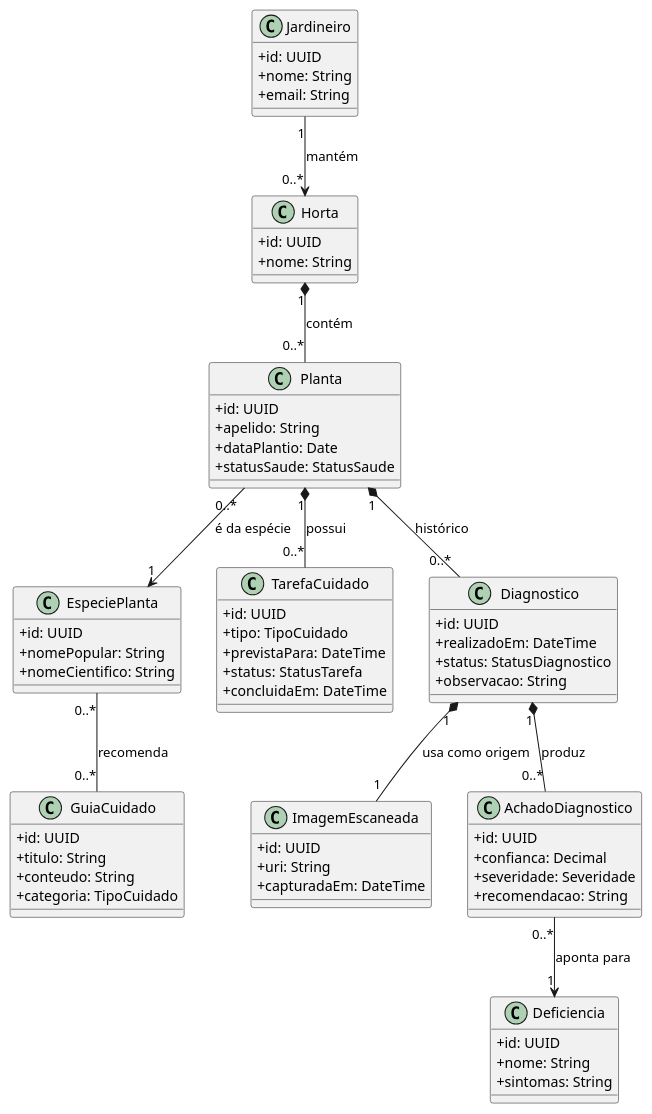
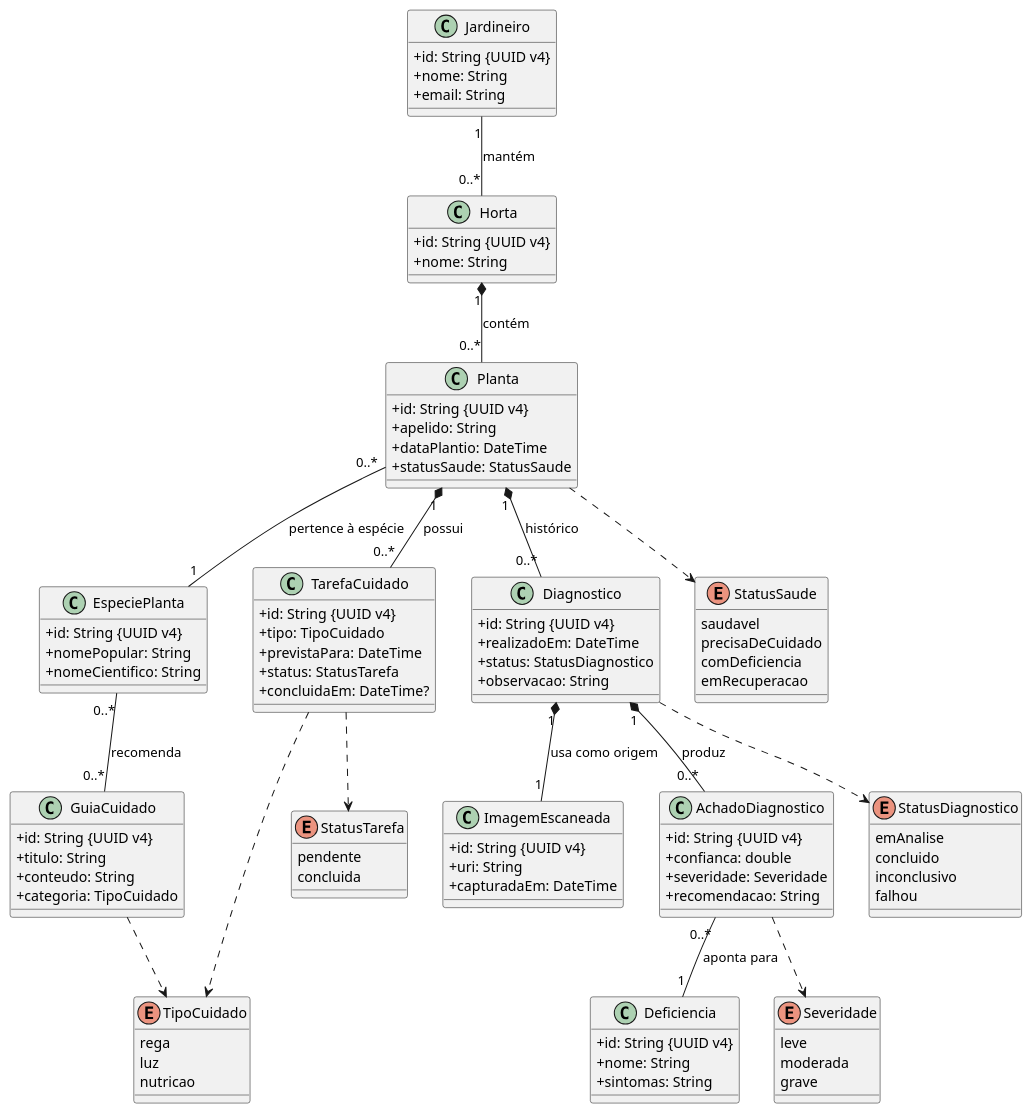
The diagram in Diagramas/03-diagrama-de-classes.md (Yohendev/app-flutter-horta), drawn with PlantUML before and after one commit. The commit also changed other lines of this file and 4 other files, not shown here.

````diff
--- a/Diagramas/03-diagrama-de-classes.md
+++ b/Diagramas/03-diagrama-de-classes.md
@@ -7,69 +7,103 @@
 skinparam classAttributeIconSize 0
 
 class Jardineiro {
-  +id: UUID
+  +id: String {UUID v4}
   +nome: String
   +email: String
 }
 class Horta {
-  +id: UUID
+  +id: String {UUID v4}
   +nome: String
 }
 class Planta {
-  +id: UUID
+  +id: String {UUID v4}
   +apelido: String
-  +dataPlantio: Date
+  +dataPlantio: DateTime
   +statusSaude: StatusSaude
 }
 class EspeciePlanta {
-  +id: UUID
+  +id: String {UUID v4}
   +nomePopular: String
   +nomeCientifico: String
 }
 class TarefaCuidado {
-  +id: UUID
+  +id: String {UUID v4}
   +tipo: TipoCuidado
   +previstaPara: DateTime
   +status: StatusTarefa
-  +concluidaEm: DateTime
+  +concluidaEm: DateTime?
 }
 class GuiaCuidado {
-  +id: UUID
+  +id: String {UUID v4}
   +titulo: String
   +conteudo: String
   +categoria: TipoCuidado
 }
 class Diagnostico {
-  +id: UUID
+  +id: String {UUID v4}
   +realizadoEm: DateTime
   +status: StatusDiagnostico
   +observacao: String
 }
 class ImagemEscaneada {
-  +id: UUID
+  +id: String {UUID v4}
   +uri: String
   +capturadaEm: DateTime
 }
 class AchadoDiagnostico {
-  +id: UUID
-  +confianca: Decimal
+  +id: String {UUID v4}
+  +confianca: double
   +severidade: Severidade
   +recomendacao: String
 }
 class Deficiencia {
-  +id: UUID
+  +id: String {UUID v4}
   +nome: String
   +sintomas: String
 }
 
-Jardineiro "1" --> "0..*" Horta : mantém
+enum StatusSaude {
+  saudavel
+  precisaDeCuidado
+  comDeficiencia
+  emRecuperacao
+}
+enum TipoCuidado {
+  rega
+  luz
+  nutricao
+}
+enum StatusTarefa {
+  pendente
+  concluida
+}
+enum StatusDiagnostico {
+  emAnalise
+  concluido
+  inconclusivo
+  falhou
+}
+enum Severidade {
+  leve
+  moderada
+  grave
+}
+
+Jardineiro "1" -- "0..*" Horta : mantém
 Horta "1" *-- "0..*" Planta : contém
-Planta "0..*" --> "1" EspeciePlanta : é da espécie
+Planta "0..*" -- "1" EspeciePlanta : pertence à espécie
 Planta "1" *-- "0..*" TarefaCuidado : possui
 Planta "1" *-- "0..*" Diagnostico : histórico
 Diagnostico "1" *-- "1" ImagemEscaneada : usa como origem
 Diagnostico "1" *-- "0..*" AchadoDiagnostico : produz
-AchadoDiagnostico "0..*" --> "1" Deficiencia : aponta para
+AchadoDiagnostico "0..*" -- "1" Deficiencia : aponta para
 EspeciePlanta "0..*" -- "0..*" GuiaCuidado : recomenda
+
+Planta ..> StatusSaude
+TarefaCuidado ..> TipoCuidado
+TarefaCuidado ..> StatusTarefa
+GuiaCuidado ..> TipoCuidado
+Diagnostico ..> StatusDiagnostico
+AchadoDiagnostico ..> Severidade
 @enduml
 ```
````
